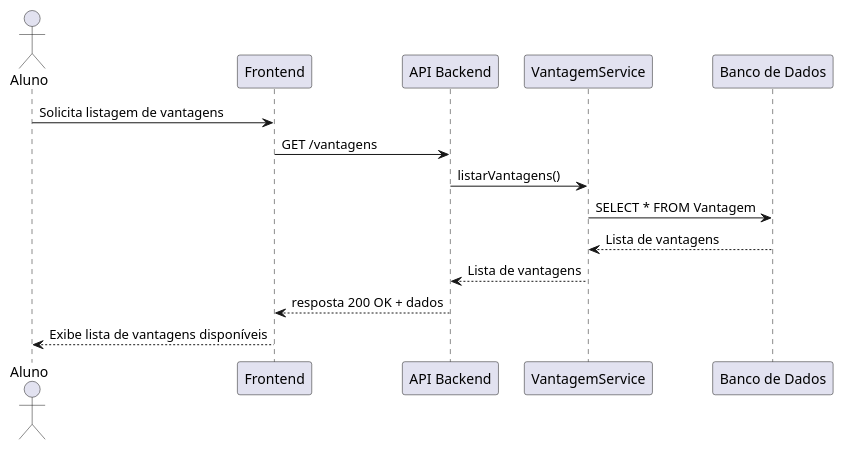
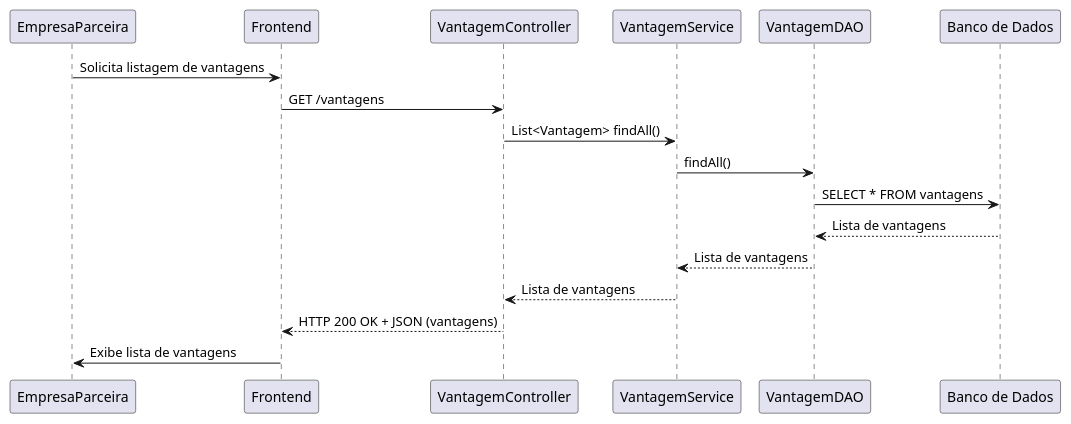
The diagram in Projeto/sequencia/Listagem de Vantagens.wsd (renatoctti/Laboratorio03), drawn with PlantUML before and after one commit. The commit also changed 7 other files, not shown here.

Commit message:
commit diagramas

```diff
--- a/Projeto/sequencia/Listagem de Vantagens.wsd
+++ b/Projeto/sequencia/Listagem de Vantagens.wsd
@@ -1,16 +1,20 @@
-@startuml
-actor Aluno
-participant "Frontend" as FE
-participant "API Backend" as BE
-participant "VantagemService" as VS
+@startuml listar vantagens
+participant EmpresaParceira as Empresa
+participant "Frontend" as Front
+participant "VantagemController" as Controller
+participant "VantagemService" as Service
+participant "VantagemDAO" as DAO
 participant "Banco de Dados" as DB
 
-Aluno -> FE : Solicita listagem de vantagens
-FE -> BE : GET /vantagens
-BE -> VS : listarVantagens()
-VS -> DB : SELECT * FROM Vantagem
-DB --> VS : Lista de vantagens
-VS --> BE : Lista de vantagens
-BE --> FE : resposta 200 OK + dados
-FE --> Aluno : Exibe lista de vantagens disponíveis
+Empresa -> Front : Solicita listagem de vantagens
+Front -> Controller : GET /vantagens
+Controller -> Service : List<Vantagem> findAll()
+Service -> DAO : findAll()
+DAO -> DB : SELECT * FROM vantagens
+DB --> DAO : Lista de vantagens
+DAO --> Service : Lista de vantagens
+Service --> Controller : Lista de vantagens
+Controller --> Front : HTTP 200 OK + JSON (vantagens)
+Front -> Empresa : Exibe lista de vantagens
+
 @enduml
```
